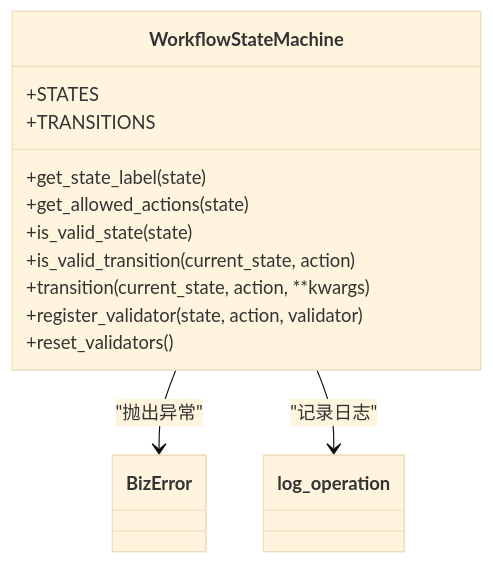
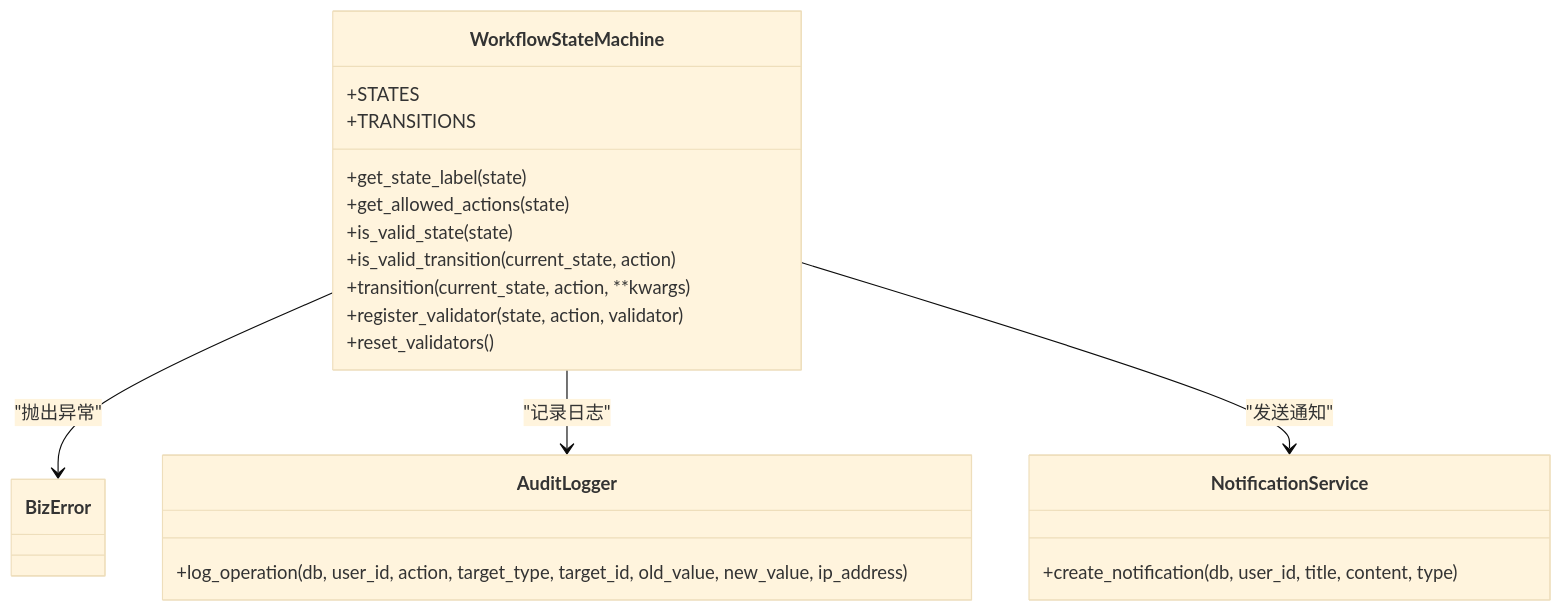
Before and after one commit to xgd561/performance_evaluation_system: the fourth of 5 diagrams in .qoder/repowiki/zh/content/考核周期管理/状态机工作流引擎.md, drawn with Mermaid (base theme). The commit also changed other lines of this file and 136 other files, not shown here.

````diff
--- a/.qoder/repowiki/zh/content/考核周期管理/状态机工作流引擎.md
+++ b/.qoder/repowiki/zh/content/考核周期管理/状态机工作流引擎.md
@@ -235,18 +264,24 @@
 ```mermaid
 classDiagram
 class WorkflowStateMachine {
 +STATES
 +TRANSITIONS
 +get_state_label(state)
 +get_allowed_actions(state)
 +is_valid_state(state)
 +is_valid_transition(current_state, action)
 +transition(current_state, action, **kwargs)
 +register_validator(state, action, validator)
 +reset_validators()
 }
+class AuditLogger {
++log_operation(db, user_id, action, target_type, target_id, old_value, new_value, ip_address)
+}
+class NotificationService {
++create_notification(db, user_id, title, content, type)
+}
 class BizError
-class log_operation
 WorkflowStateMachine --> BizError : "抛出异常"
-WorkflowStateMachine --> log_operation : "记录日志"
+WorkflowStateMachine --> AuditLogger : "记录日志"
+WorkflowStateMachine --> NotificationService : "发送通知"
 ```
````
